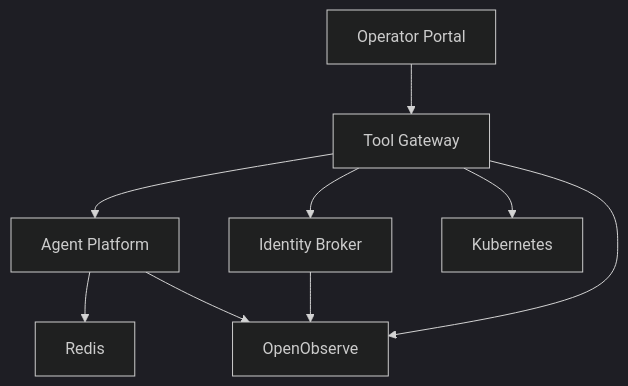
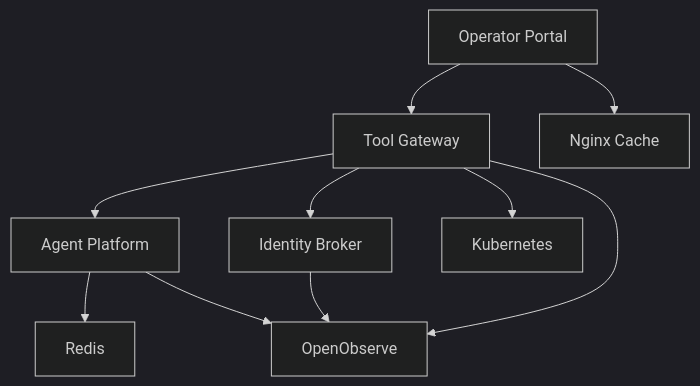
Before and after one commit to metasync/luban-aiops: the third of 3 diagrams in .qoder/repowiki/en/content/Troubleshooting and FAQ.md, drawn with Mermaid (dark theme). The commit also changed other lines of this file and 51 other files, not shown here.

````diff
--- a/.qoder/repowiki/en/content/Troubleshooting and FAQ.md
+++ b/.qoder/repowiki/en/content/Troubleshooting and FAQ.md
@@ -332,11 +368,12 @@
 ```mermaid
 graph TB
 GW["Tool Gateway"] --> AG["Agent Platform"]
 GW --> IDB["Identity Broker"]
 AG --> REDIS["Redis"]
 GW --> K8S["Kubernetes"]
 AG --> OO["OpenObserve"]
 IDB --> OO
 GW --> OO
 OP["Operator Portal"] --> GW
+OP --> NGINX["Nginx Cache"]
 ```
````
